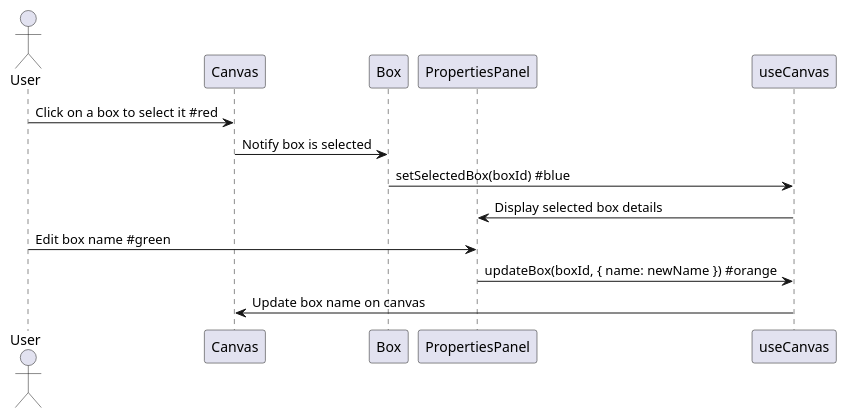
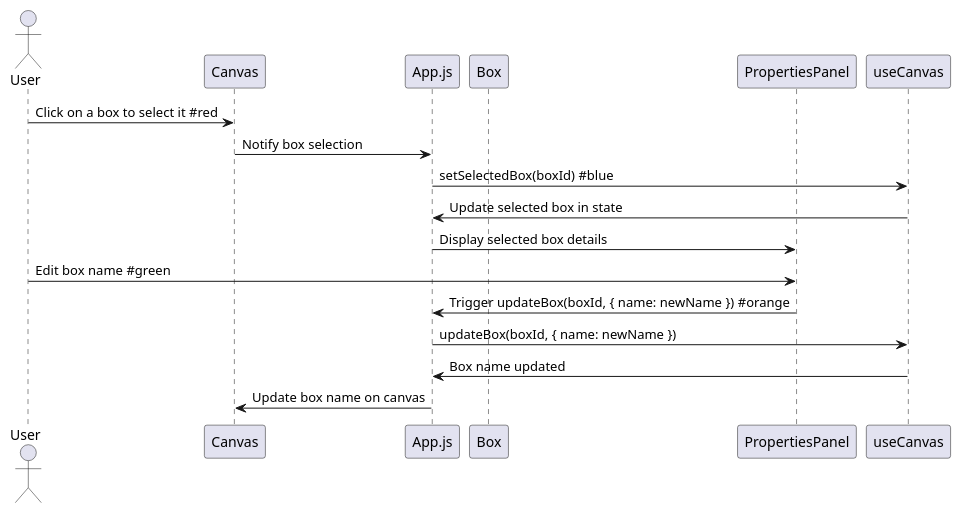
The second of 3 diagrams in README.md (proyectosingenieriauninorte/ComponentEditor), drawn with PlantUML before and after one commit. The commit also changed other lines of this file and 1 other file, not shown here.

````diff
--- a/README.md
+++ b/README.md
@@ -36,17 +40,21 @@
 ```plantuml
 @startuml
 actor User
 participant Canvas
+participant App as "App.js"
 participant Box
 participant PropertiesPanel
 participant Hook as "useCanvas"
 
 User -> Canvas: Click on a box to select it #red
-Canvas -> Box: Notify box is selected
-Box -> Hook: setSelectedBox(boxId) #blue
-Hook -> PropertiesPanel: Display selected box details
+Canvas -> App: Notify box selection
+App -> Hook: setSelectedBox(boxId) #blue
+Hook -> App: Update selected box in state
+App -> PropertiesPanel: Display selected box details
 User -> PropertiesPanel: Edit box name #green
-PropertiesPanel -> Hook: updateBox(boxId, { name: newName }) #orange
-Hook -> Canvas: Update box name on canvas
+PropertiesPanel -> App: Trigger updateBox(boxId, { name: newName }) #orange
+App -> Hook: updateBox(boxId, { name: newName })
+Hook -> App: Box name updated
+App -> Canvas: Update box name on canvas
 @enduml
 ```
````
